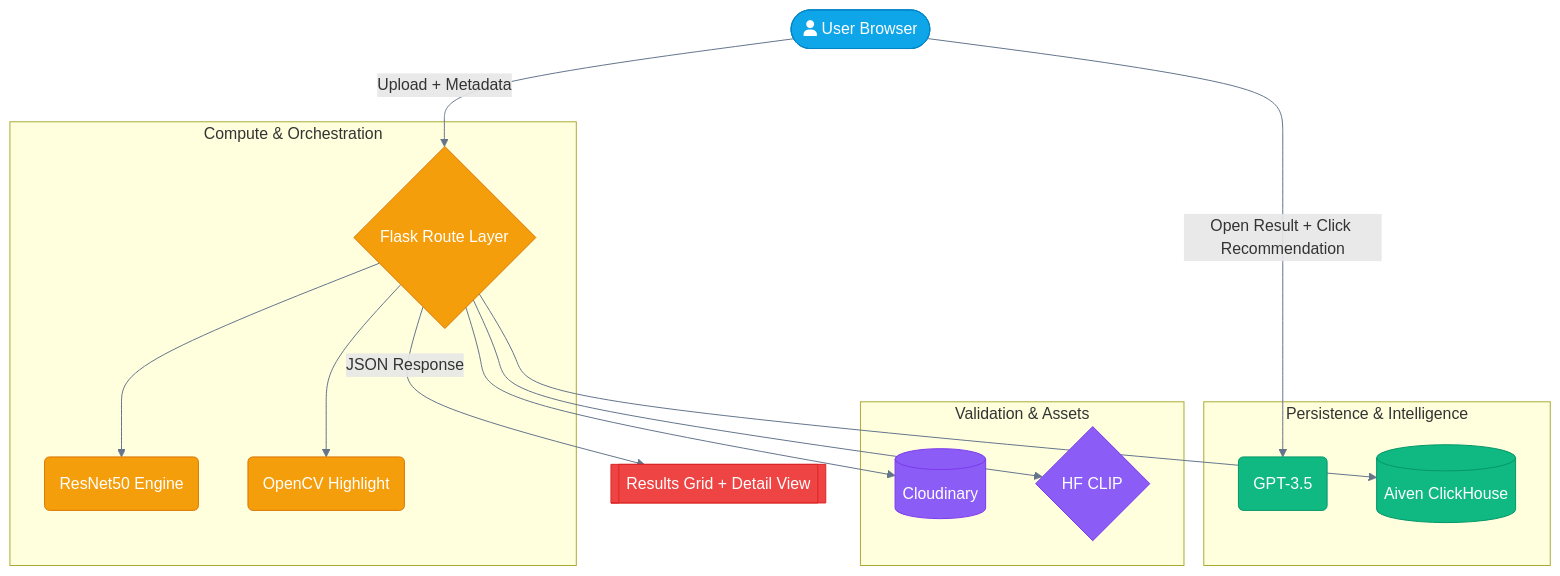
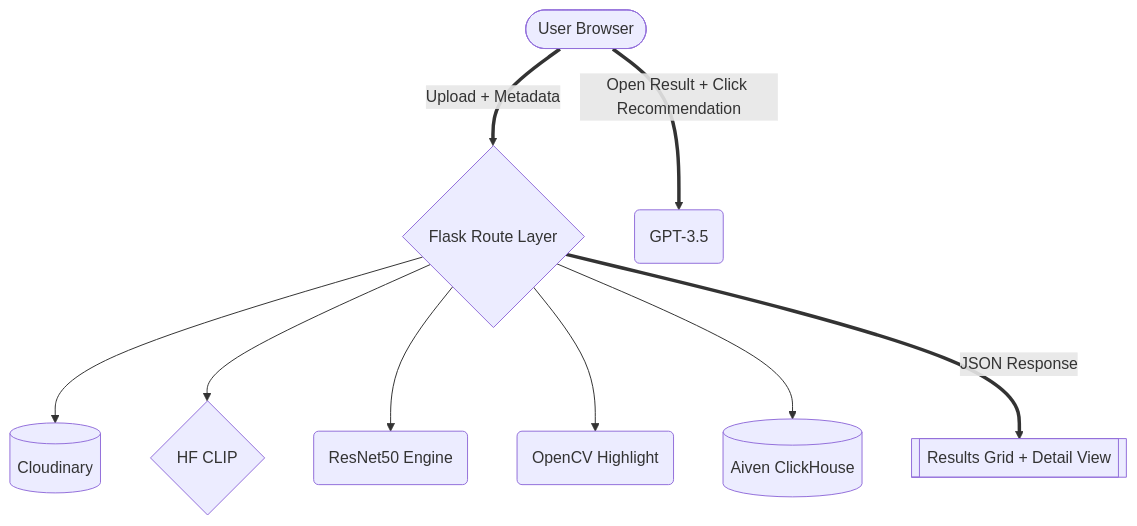
One commit to rautaditya2606/wheat_detection changed the diagram in README.md. Above: the diagram before and after it, drawn with Mermaid.

Commit message:
Fix README Mermaid diagram for GitHub rendering
Agent-Logs-Url: https://github.com/rautaditya2606/wheat_detection/sessions/28d57535-9624-4b59-93a6-31dd96ef8698

````diff
--- a/README.md
+++ b/README.md
@@ -24,43 +24,21 @@
 ```mermaid
 graph TB
-    %% Enhanced Style Definitions
-    classDef userNode fill:#0ea5e9,stroke:#0284c7,stroke-width:1px,color:#fff,rx:10,ry:10;
-    classDef backendNode fill:#f59e0b,stroke:#d97706,stroke-width:1px,color:#fff,rx:5,ry:5;
-    classDef storageNode fill:#8b5cf6,stroke:#7c3aed,stroke-width:1px,color:#fff,rx:5,ry:5;
-    classDef intelligenceNode fill:#10b981,stroke:#059669,stroke-width:1px,color:#fff,rx:5,ry:5;
-    classDef uiNode fill:#ef4444,stroke:#dc2626,stroke-width:1px,color:#fff,rx:10,ry:10;
+    User([User Browser])
+    Backend{Flask Route Layer}
+    ResNet(ResNet50 Engine)
+    OpenCV(OpenCV Highlight)
+    Cloudinary[(Cloudinary)]
+    CLIP{HF CLIP}
+    LLM(GPT-3.5)
+    ClickHouse[(Aiven ClickHouse)]
+    Response[[Results Grid + Detail View]]
 
-    %% Nodes
-    User([fa:fa-user User Browser]):::userNode
-    
-    subgraph "Compute & Orchestration"
-        Backend{Flask Route Layer}:::backendNode
-        ResNet(ResNet50 Engine):::backendNode
-        OpenCV(OpenCV Highlight):::backendNode
-    end
-
-    subgraph "Validation & Assets"
-        Cloudinary[(Cloudinary)]:::storageNode
-        CLIP{HF CLIP}:::storageNode
-    end
-
-    subgraph "Persistence & Intelligence"
-        LLM(GPT-3.5):::intelligenceNode
-        ClickHouse[(Aiven ClickHouse)]:::intelligenceNode
-    end
-
-    Response[[Results Grid + Detail View]]:::uiNode
-
-    %% Styled Connections
     User ==>|Upload + Metadata| Backend
     Backend --> Cloudinary
     Backend --> CLIP
     Backend --> ResNet
     Backend --> OpenCV
     Backend --> ClickHouse
     User ==>|Open Result + Click Recommendation| LLM
     Backend ==>|JSON Response| Response
-
-    %% Global Link Styling
-    linkStyle default stroke:#64748b,stroke-width:1px,transition:0.3s;
 ```
````
